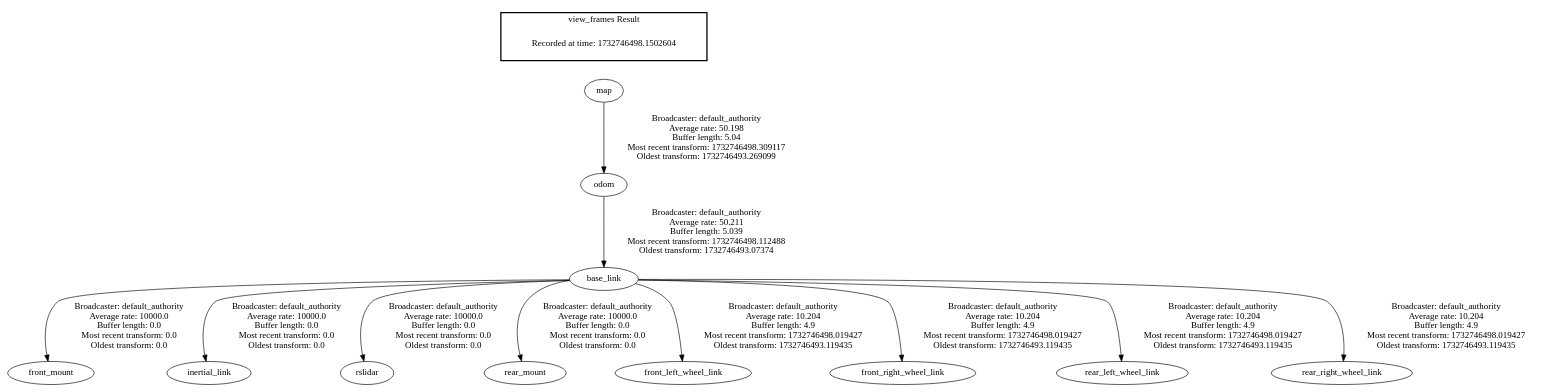
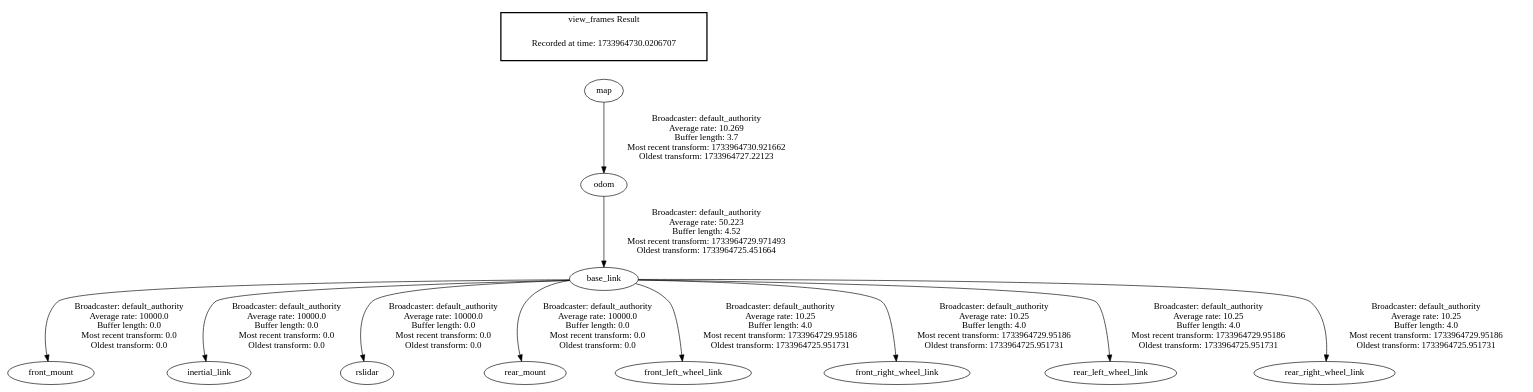
One commit to khaino/indoor-nav-system changed the diagram in frames.gv. Above: the diagram before and after it, drawn with Graphviz. The commit also changed 13 other files, not shown here.

```diff
--- a/frames.gv
+++ b/frames.gv
@@ -1,16 +1,16 @@
 digraph G {
-"map" -> "odom"[label=" Broadcaster: default_authority\nAverage rate: 50.198\nBuffer length: 5.04\nMost recent transform: 1732746498.309117\nOldest transform: 1732746493.269099\n"];
+"odom" -> "base_link"[label=" Broadcaster: default_authority\nAverage rate: 50.223\nBuffer length: 4.52\nMost recent transform: 1733964729.971493\nOldest transform: 1733964725.451664\n"];
+"map" -> "odom"[label=" Broadcaster: default_authority\nAverage rate: 10.269\nBuffer length: 3.7\nMost recent transform: 1733964730.921662\nOldest transform: 1733964727.22123\n"];
 "base_link" -> "front_mount"[label=" Broadcaster: default_authority\nAverage rate: 10000.0\nBuffer length: 0.0\nMost recent transform: 0.0\nOldest transform: 0.0\n"];
-"odom" -> "base_link"[label=" Broadcaster: default_authority\nAverage rate: 50.211\nBuffer length: 5.039\nMost recent transform: 1732746498.112488\nOldest transform: 1732746493.07374\n"];
 "base_link" -> "inertial_link"[label=" Broadcaster: default_authority\nAverage rate: 10000.0\nBuffer length: 0.0\nMost recent transform: 0.0\nOldest transform: 0.0\n"];
 "base_link" -> "rslidar"[label=" Broadcaster: default_authority\nAverage rate: 10000.0\nBuffer length: 0.0\nMost recent transform: 0.0\nOldest transform: 0.0\n"];
 "base_link" -> "rear_mount"[label=" Broadcaster: default_authority\nAverage rate: 10000.0\nBuffer length: 0.0\nMost recent transform: 0.0\nOldest transform: 0.0\n"];
-"base_link" -> "front_left_wheel_link"[label=" Broadcaster: default_authority\nAverage rate: 10.204\nBuffer length: 4.9\nMost recent transform: 1732746498.019427\nOldest transform: 1732746493.119435\n"];
-"base_link" -> "front_right_wheel_link"[label=" Broadcaster: default_authority\nAverage rate: 10.204\nBuffer length: 4.9\nMost recent transform: 1732746498.019427\nOldest transform: 1732746493.119435\n"];
-"base_link" -> "rear_left_wheel_link"[label=" Broadcaster: default_authority\nAverage rate: 10.204\nBuffer length: 4.9\nMost recent transform: 1732746498.019427\nOldest transform: 1732746493.119435\n"];
-"base_link" -> "rear_right_wheel_link"[label=" Broadcaster: default_authority\nAverage rate: 10.204\nBuffer length: 4.9\nMost recent transform: 1732746498.019427\nOldest transform: 1732746493.119435\n"];
+"base_link" -> "front_left_wheel_link"[label=" Broadcaster: default_authority\nAverage rate: 10.25\nBuffer length: 4.0\nMost recent transform: 1733964729.95186\nOldest transform: 1733964725.951731\n"];
+"base_link" -> "front_right_wheel_link"[label=" Broadcaster: default_authority\nAverage rate: 10.25\nBuffer length: 4.0\nMost recent transform: 1733964729.95186\nOldest transform: 1733964725.951731\n"];
+"base_link" -> "rear_left_wheel_link"[label=" Broadcaster: default_authority\nAverage rate: 10.25\nBuffer length: 4.0\nMost recent transform: 1733964729.95186\nOldest transform: 1733964725.951731\n"];
+"base_link" -> "rear_right_wheel_link"[label=" Broadcaster: default_authority\nAverage rate: 10.25\nBuffer length: 4.0\nMost recent transform: 1733964729.95186\nOldest transform: 1733964725.951731\n"];
 edge [style=invis];
  subgraph cluster_legend { style=bold; color=black; label ="view_frames Result";
-"Recorded at time: 1732746498.1502604"[ shape=plaintext ] ;
+"Recorded at time: 1733964730.0206707"[ shape=plaintext ] ;
 }->"map";
 }
```
